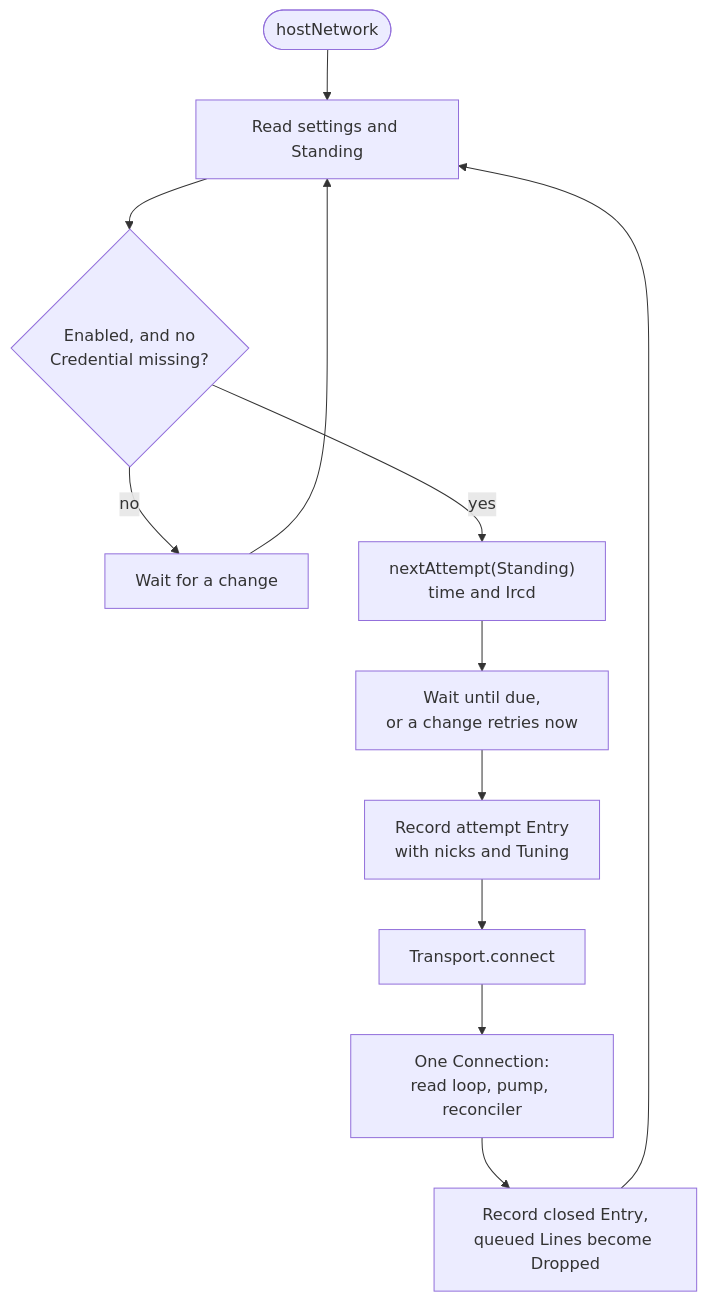
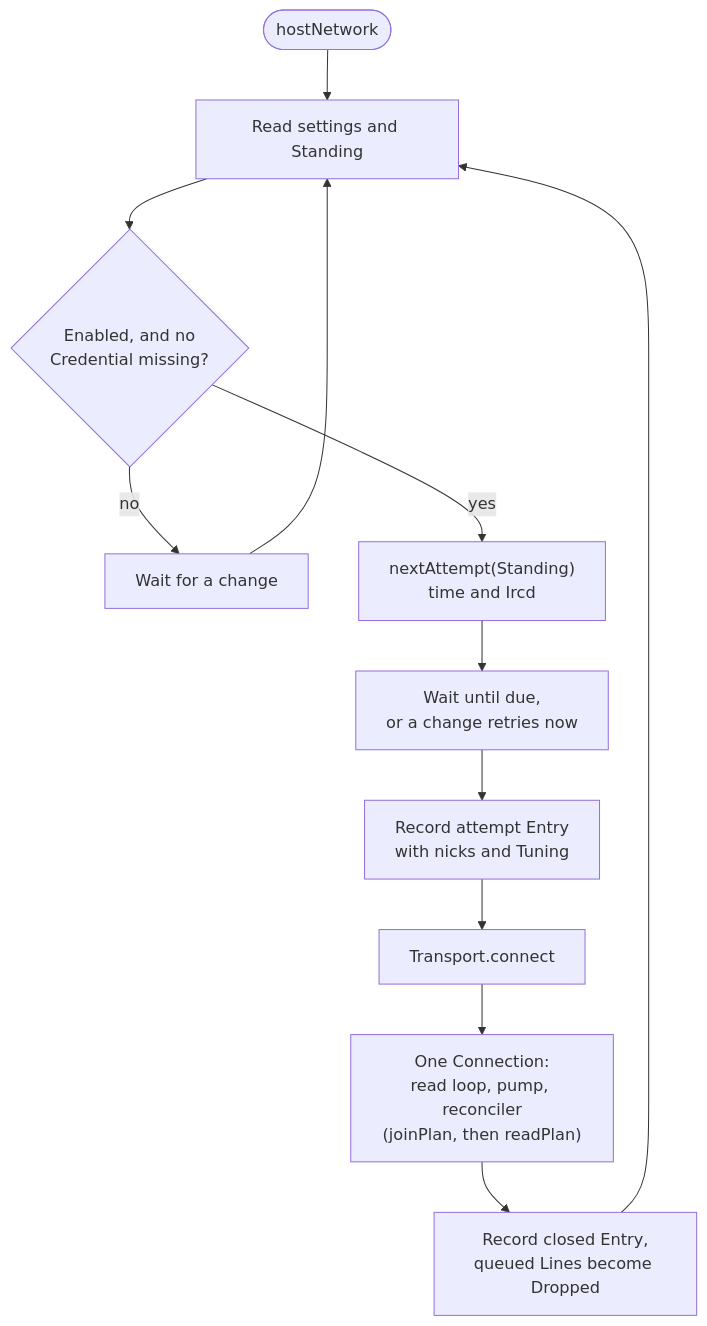
One commit to deankerr/iirc changed the third of 5 diagrams in docs/architecture.md. Above: the diagram before and after it, drawn with Mermaid. The commit also changed other lines of this file and 17 other files, not shown here.

````diff
--- a/docs/architecture.md
+++ b/docs/architecture.md
@@ -121,14 +121,14 @@
 ```mermaid
 flowchart TD
   start(["hostNetwork"]) --> read["Read settings and Standing"]
   read --> enabled{"Enabled, and no<br/>Credential missing?"}
   enabled -- no --> wait["Wait for a change"]
   wait --> read
   enabled -- yes --> next["nextAttempt(Standing)<br/>time and Ircd"]
   next --> due["Wait until due,<br/>or a change retries now"]
   due --> attempt["Record attempt Entry<br/>with nicks and Tuning"]
   attempt --> dial["Transport.connect"]
-  dial --> conn["One Connection:<br/>read loop, pump, reconciler"]
+  dial --> conn["One Connection:<br/>read loop, pump, reconciler<br/>(joinPlan, then readPlan)"]
   conn --> closed["Record closed Entry,<br/>queued Lines become Dropped"]
   closed --> read
 ```
````
